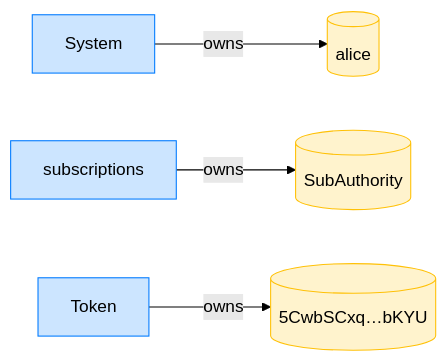
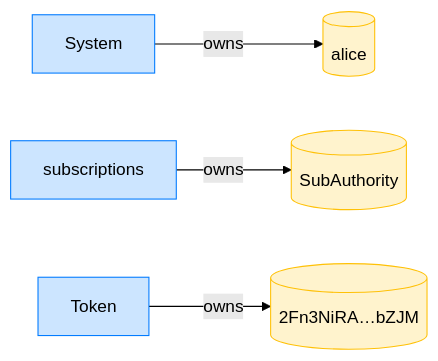
One commit to cds-rs/subscriptions changed the fourth of 16 diagrams in dsl_tests/transfer-subscription--cancellation-still-allows-the-current-period.md. Above: the diagram before and after it, drawn with Mermaid (forest theme). The commit also changed other lines of this file and 224 other files, not shown here.

````diff
--- a/dsl_tests/transfer-subscription--cancellation-still-allows-the-current-period.md
+++ b/dsl_tests/transfer-subscription--cancellation-still-allows-the-current-period.md
@@ -73,14 +78,14 @@
 ```mermaid
 flowchart LR
     classDef owner fill:#cce5ff,stroke:#007bff;
     classDef account fill:#fff3cd,stroke:#ffc107;
     System[System]:::owner
     alice[(alice)]:::account
     subscriptions[subscriptions]:::owner
     SubAuthority[(SubAuthority)]:::account
     Token[Token]:::owner
-    5CwbSCxq_bKYU[("5CwbSCxq…bKYU")]:::account
+    2Fn3NiRA_bZJM[("2Fn3NiRA…bZJM")]:::account
     System -->|owns| alice
     subscriptions -->|owns| SubAuthority
-    Token -->|owns| 5CwbSCxq_bKYU
+    Token -->|owns| 2Fn3NiRA_bZJM
 ```
````
